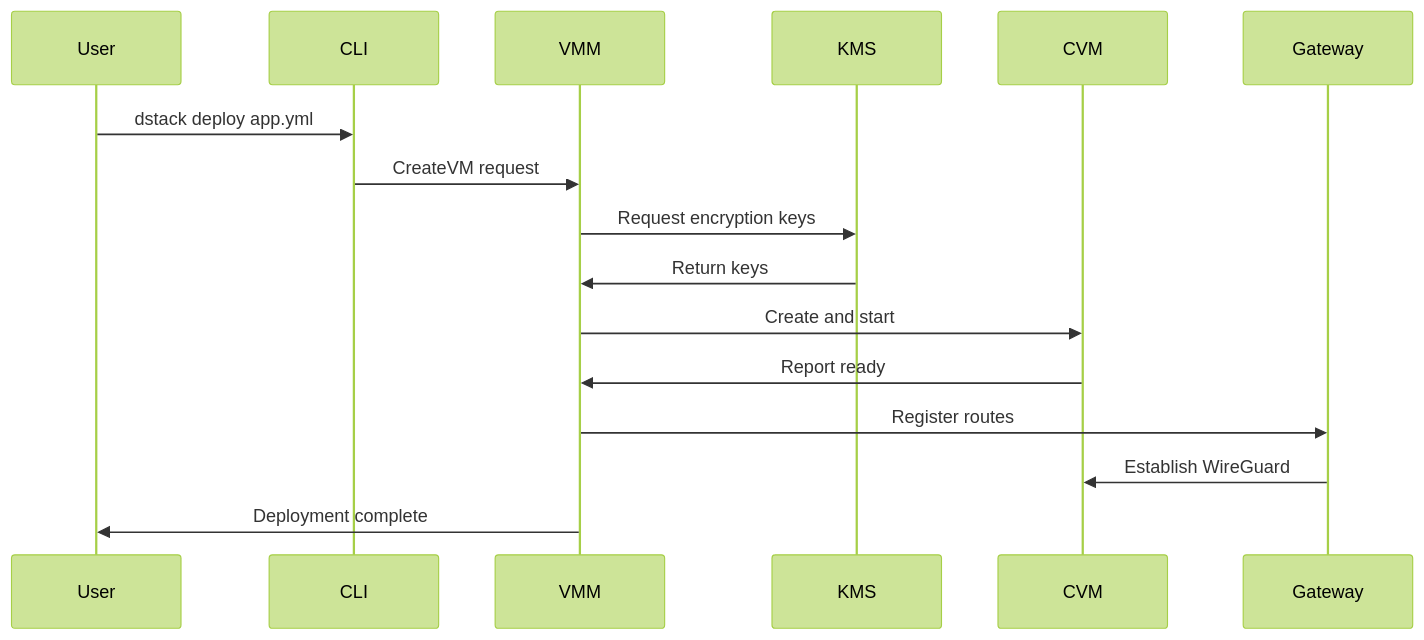
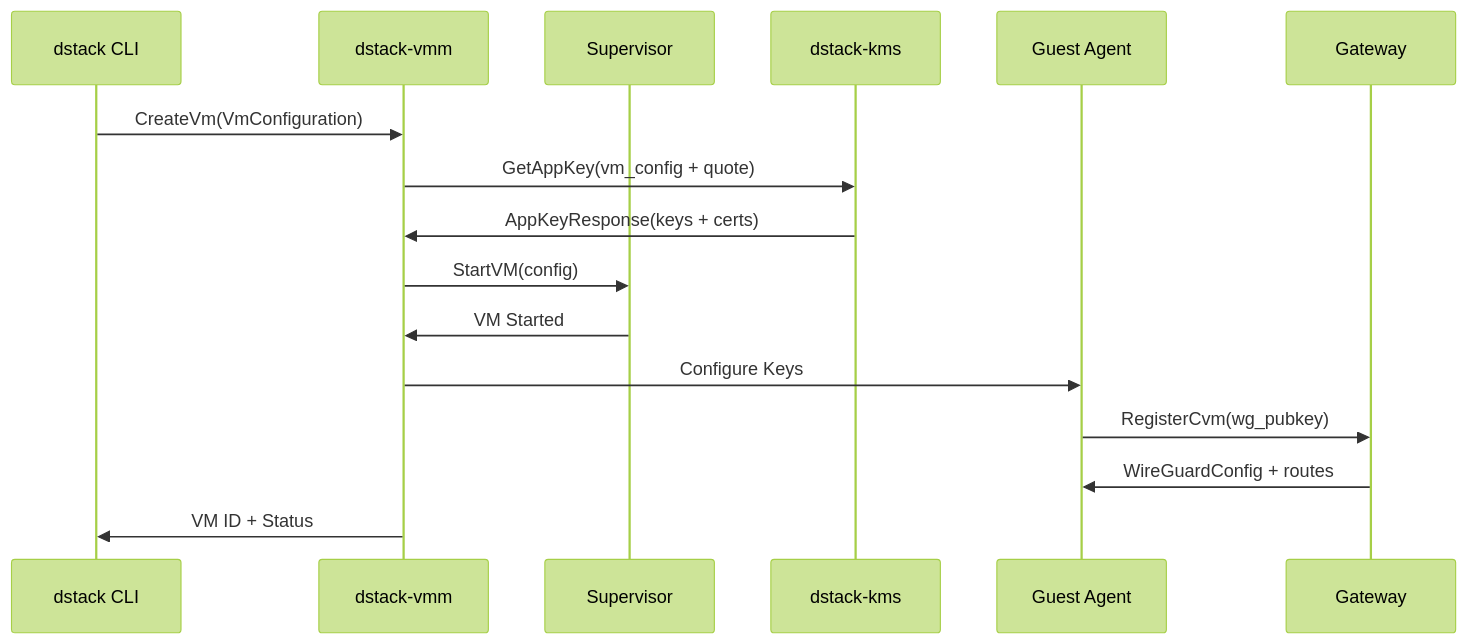
One commit to Dstack-TEE/dstack changed the sixth of 13 diagrams in docs/concepts/architecture.mdx. Above: the diagram before and after it, drawn with Mermaid (forest theme). The commit also changed other lines of this file and 32 other files, not shown here.

````diff
--- a/docs/concepts/architecture.mdx
+++ b/docs/concepts/architecture.mdx
@@ -248,19 +381,19 @@
 ```mermaid
 sequenceDiagram
-    participant User
-    participant CLI
-    participant VMM
-    participant KMS
-    participant CVM
-    participant Gateway
-    
-    User->>CLI: dstack deploy app.yml
-    CLI->>VMM: CreateVM request
-    VMM->>KMS: Request encryption keys
-    KMS->>VMM: Return keys
-    VMM->>CVM: Create and start
-    CVM->>VMM: Report ready
-    VMM->>Gateway: Register routes
-    Gateway->>CVM: Establish WireGuard
-    VMM->>User: Deployment complete
+    participant CLI as dstack CLI
+    participant VMM as dstack-vmm
+    participant SUP as Supervisor
+    participant KMS as dstack-kms  
+    participant GA as Guest Agent
+    participant GW as Gateway
+
+    CLI->>VMM: CreateVm(VmConfiguration)
+    VMM->>KMS: GetAppKey(vm_config + quote)
+    KMS->>VMM: AppKeyResponse(keys + certs)
+    VMM->>SUP: StartVM(config)
+    SUP->>VMM: VM Started
+    VMM->>GA: Configure Keys
+    GA->>GW: RegisterCvm(wg_pubkey)
+    GW->>GA: WireGuardConfig + routes
+    VMM->>CLI: VM ID + Status
 ```
````
